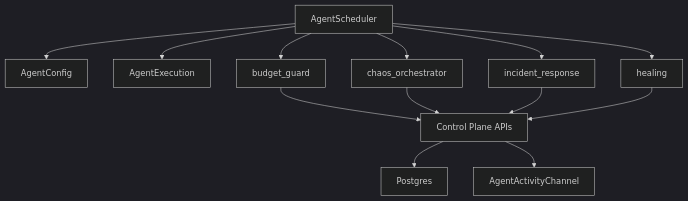
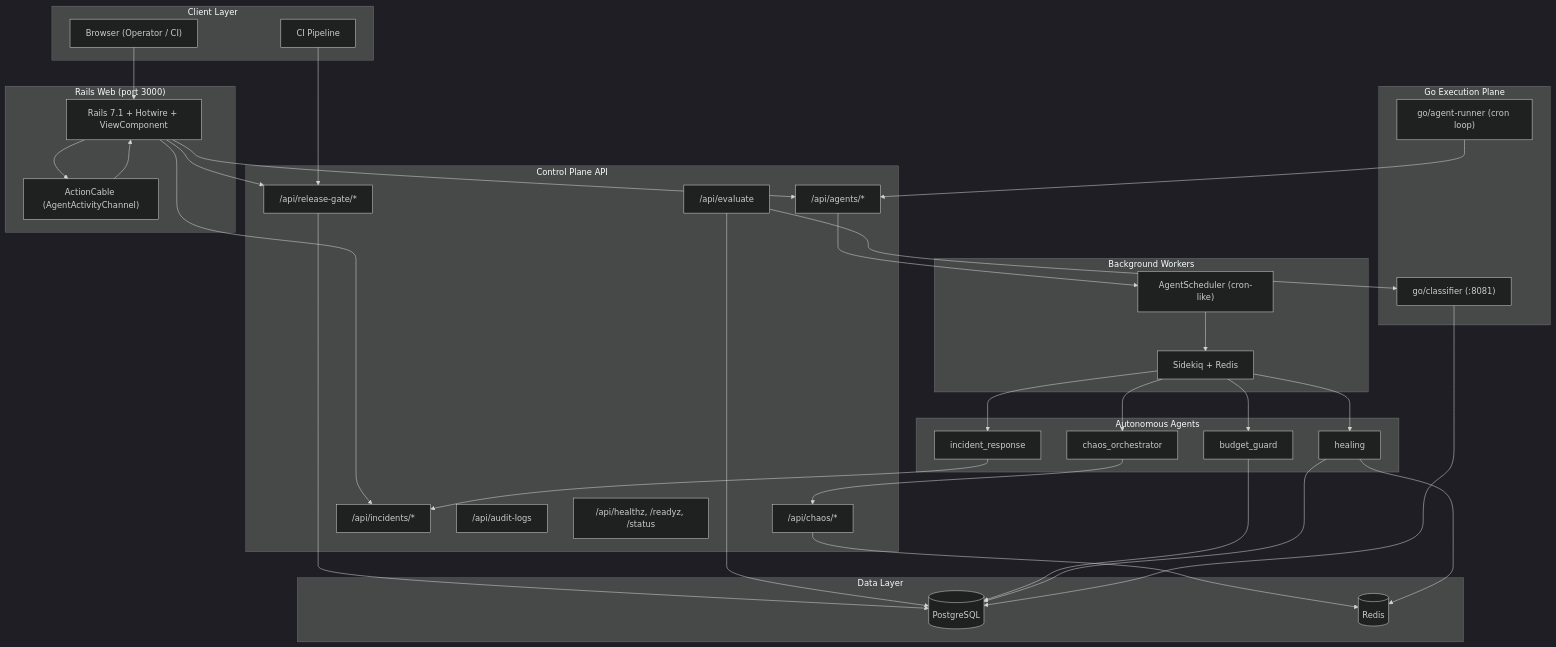
Before and after one commit to AngelP17/Cellguard: the diagram in AGENTS.md, drawn with Mermaid (dark theme). The commit also changed other lines of this file and 18 other files, not shown here.

````diff
--- a/AGENTS.md
+++ b/AGENTS.md
@@ -16,17 +7,69 @@
 ```mermaid
 flowchart TB
-    SCH["AgentScheduler"] --> CFG["AgentConfig"]
-    SCH --> EX["AgentExecution"]
-    SCH --> BG["budget_guard"]
-    SCH --> CO["chaos_orchestrator"]
-    SCH --> IR["incident_response"]
-    SCH --> HE["healing"]
+    subgraph "Client Layer"
+        UI["Browser (Operator / CI)"]
+        CI["CI Pipeline"]
+    end
 
-    BG --> CP["Control Plane APIs"]
-    CO --> CP
-    IR --> CP
-    HE --> CP
+    subgraph "Rails Web (port 3000)"
+        WEB["Rails 7.1 + Hotwire + ViewComponent"]
+        AC["ActionCable (AgentActivityChannel)"]
+    end
 
-    CP --> DB["Postgres"]
-    CP --> WS["AgentActivityChannel"]
+    subgraph "Control Plane API"
+        GATE["/api/release-gate/*"]
+        EVAL["/api/evaluate"]
+        CHAOS["/api/chaos/*"]
+        AGENTS["/api/agents/*"]
+        INC["/api/incidents/*"]
+        AUDIT["/api/audit-logs"]
+        HEALTH["/api/healthz, /readyz, /status"]
+    end
+
+    subgraph "Background Workers"
+        SK["Sidekiq + Redis"]
+        SCHED["AgentScheduler (cron-like)"]
+    end
+
+    subgraph "Autonomous Agents"
+        BG["budget_guard"]
+        CO["chaos_orchestrator"]
+        IR["incident_response"]
+        HE["healing"]
+    end
+
+    subgraph "Go Execution Plane"
+        CLASS["go/classifier (:8081)"]
+        RUNNER["go/agent-runner (cron loop)"]
+    end
+
+    subgraph "Data Layer"
+        PG[("PostgreSQL")]
+        RD[("Redis")]
+    end
+
+    UI --> WEB
+    CI --> GATE
+    WEB --> GATE
+    WEB --> AGENTS
+    WEB --> INC
+    WEB --> AC
+    GATE --> PG
+    EVAL --> PG
+    EVAL --> CLASS
+    CHAOS --> RD
+    AGENTS --> SCHED
+    SCHED --> SK
+    SK --> BG
+    SK --> CO
+    SK --> IR
+    SK --> HE
+    BG --> PG
+    CO --> CHAOS
+    IR --> INC
+    HE --> PG
+    HE --> RD
+    CLASS --> PG
+    RUNNER --> AGENTS
+    AC --> WEB
 ```
````
